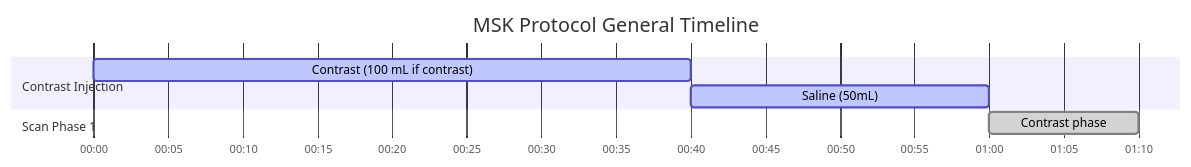
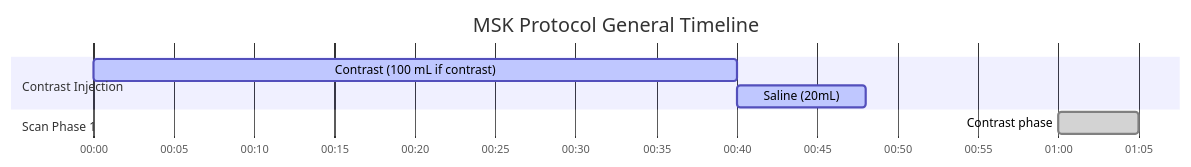
The diagram in docs/ct/msk/msk-protocol-general.md (dfergs93/radiology-protocols), drawn with Mermaid before and after one commit. The commit also changed other lines of this file and 113 other files, not shown here.

````diff
--- a/docs/ct/msk/msk-protocol-general.md
+++ b/docs/ct/msk/msk-protocol-general.md
@@ -84,16 +85,16 @@
   ```mermaid
   ---
   config:
     theme: default
   ---
     gantt
       title MSK Protocol General Timeline
       dateFormat mm:ss
       axisFormat %M:%S 
       
       section Contrast Injection
       Contrast (100 mL if contrast)    :active, contrast, 00:00, 40s
-      Saline (50mL)          :active, saline, after contrast, 20s
+      Saline (20mL)          :active, saline, after contrast, 8s
       section Scan Phase 1
-      Contrast phase    :done, scan1, 01:00, 10s
+      Contrast phase    :done, scan1, 01:00, 5s
   ```
````
